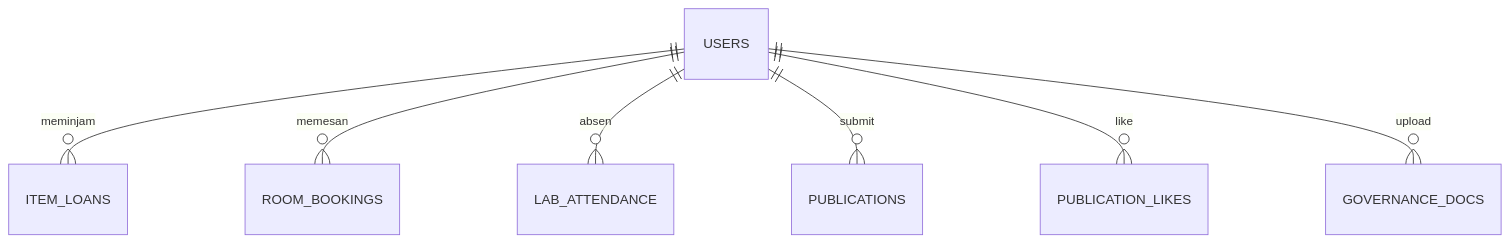
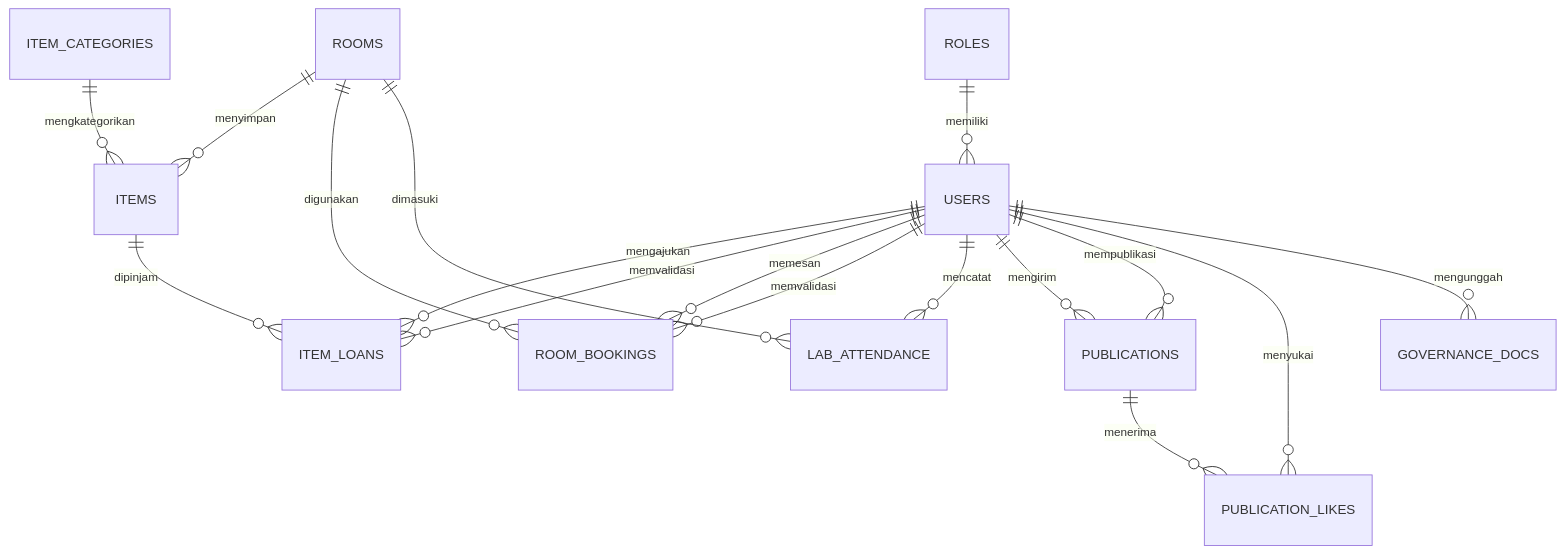
One commit to akhdanyafi/lab_uai_from_asyraf changed the first of 18 diagrams in docs/backend/BACKEND.md. Above: the diagram before and after it, drawn with Mermaid. The commit also changed other lines of this file and 6 other files, not shown here.

````diff
--- a/docs/backend/BACKEND.md
+++ b/docs/backend/BACKEND.md
@@ -194,9 +8,21 @@
 ```mermaid
 erDiagram
-    USERS ||--o{ ITEM_LOANS : "meminjam"
+    ROLES ||--o{ USERS : "memiliki"
+    USERS ||--o{ ITEM_LOANS : "mengajukan"
+    USERS ||--o{ ITEM_LOANS : "memvalidasi"
     USERS ||--o{ ROOM_BOOKINGS : "memesan"
-    USERS ||--o{ LAB_ATTENDANCE : "absen"
-    USERS ||--o{ PUBLICATIONS : "submit"
-    USERS ||--o{ PUBLICATION_LIKES : "like"
-    USERS ||--o{ GOVERNANCE_DOCS : "upload"
+    USERS ||--o{ ROOM_BOOKINGS : "memvalidasi"
+    USERS ||--o{ LAB_ATTENDANCE : "mencatat"
+    USERS ||--o{ PUBLICATIONS : "mengirim"
+    USERS ||--o{ PUBLICATIONS : "mempublikasi"
+    USERS ||--o{ PUBLICATION_LIKES : "menyukai"
+    USERS ||--o{ GOVERNANCE_DOCS : "mengunggah"
+    
+    ITEM_CATEGORIES ||--o{ ITEMS : "mengkategorikan"
+    ROOMS ||--o{ ITEMS : "menyimpan"
+    ROOMS ||--o{ ROOM_BOOKINGS : "digunakan"
+    ROOMS ||--o{ LAB_ATTENDANCE : "dimasuki"
+    
+    ITEMS ||--o{ ITEM_LOANS : "dipinjam"
+    PUBLICATIONS ||--o{ PUBLICATION_LIKES : "menerima"
 ```
````
